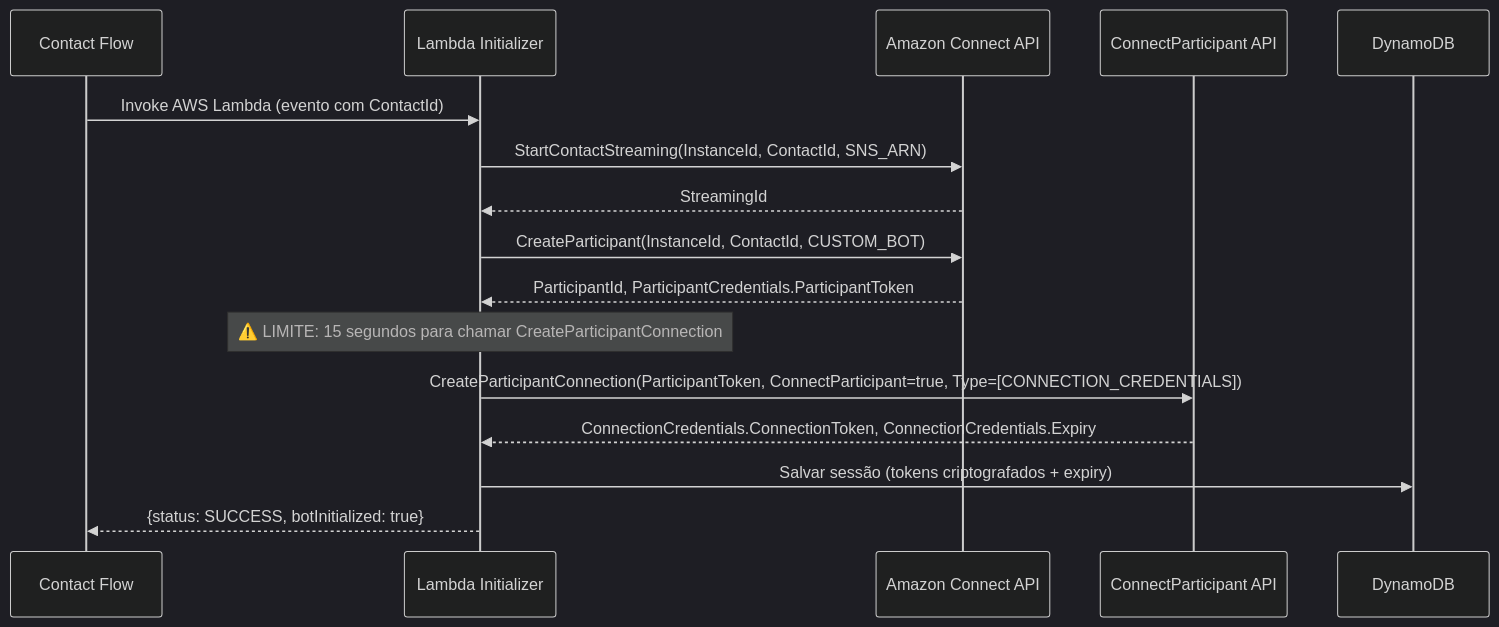
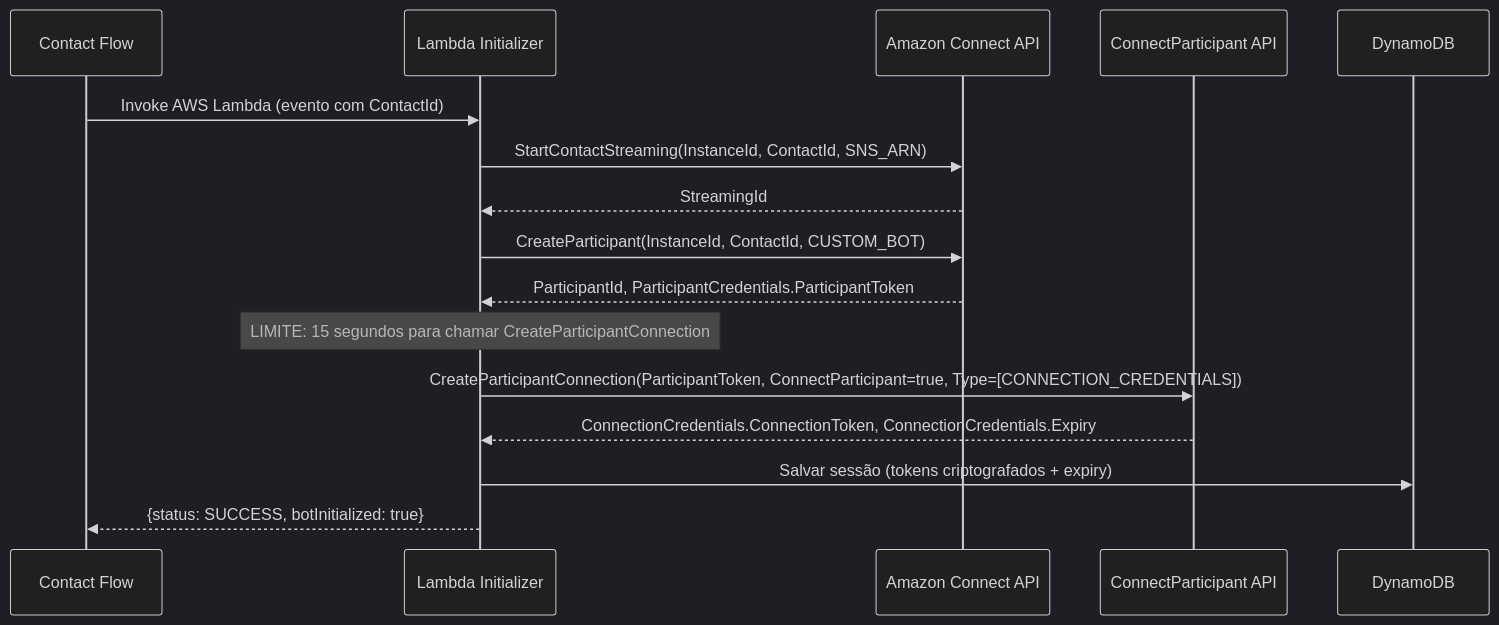
Before and after one commit to lucianarcit/poc_connect_bedrock: the third of 4 diagrams in ARCHITECTURE.md, drawn with Mermaid (dark theme). The commit also changed other lines of this file, not shown here.

Commit message:
docs: rewrite ARCHITECTURE.md for Bedrock Converse POC

````diff
--- a/ARCHITECTURE.md
+++ b/ARCHITECTURE.md
@@ -74,19 +69,19 @@
 ```mermaid
 sequenceDiagram
     participant CF as Contact Flow
     participant LI as Lambda Initializer
     participant C as Amazon Connect API
     participant CP as ConnectParticipant API
     participant DB as DynamoDB
 
     CF->>LI: Invoke AWS Lambda (evento com ContactId)
     LI->>C: StartContactStreaming(InstanceId, ContactId, SNS_ARN)
     C-->>LI: StreamingId
     LI->>C: CreateParticipant(InstanceId, ContactId, CUSTOM_BOT)
     C-->>LI: ParticipantId, ParticipantCredentials.ParticipantToken
-    Note over LI: ⚠️ LIMITE: 15 segundos para chamar CreateParticipantConnection
+    Note over LI: LIMITE: 15 segundos para chamar CreateParticipantConnection
     LI->>CP: CreateParticipantConnection(ParticipantToken, ConnectParticipant=true, Type=[CONNECTION_CREDENTIALS])
     CP-->>LI: ConnectionCredentials.ConnectionToken, ConnectionCredentials.Expiry
     LI->>DB: Salvar sessão (tokens criptografados + expiry)
     LI-->>CF: {status: SUCCESS, botInitialized: true}
 ```
````
